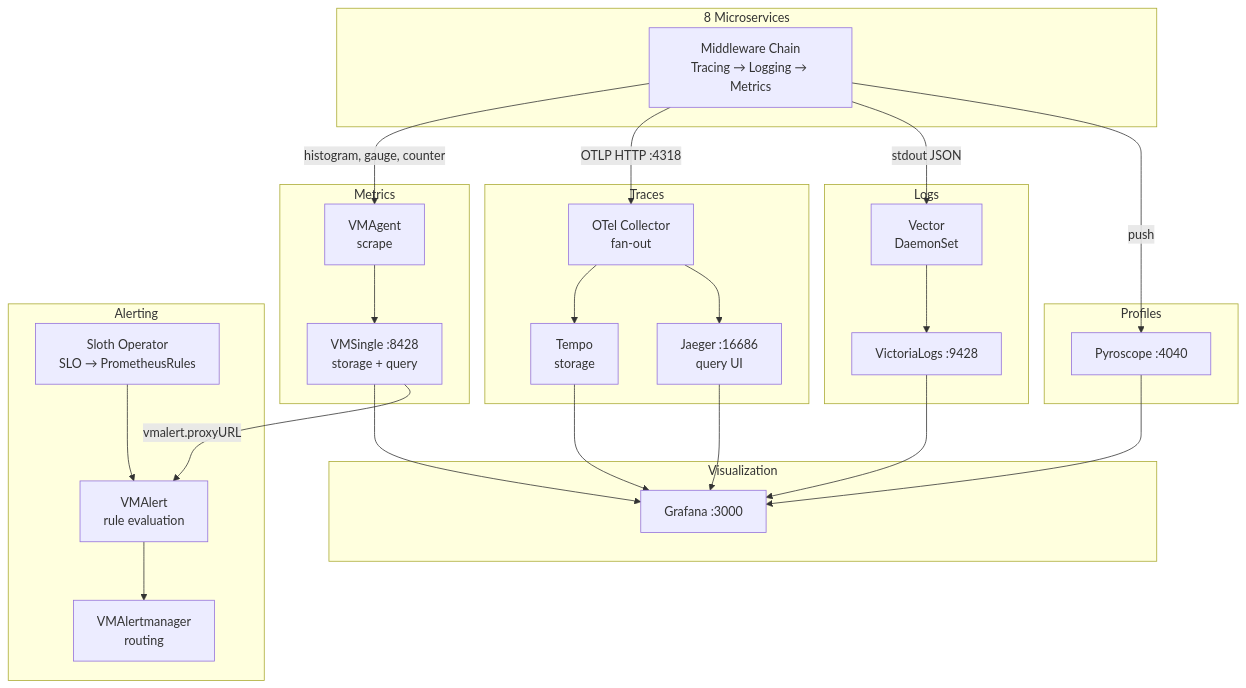
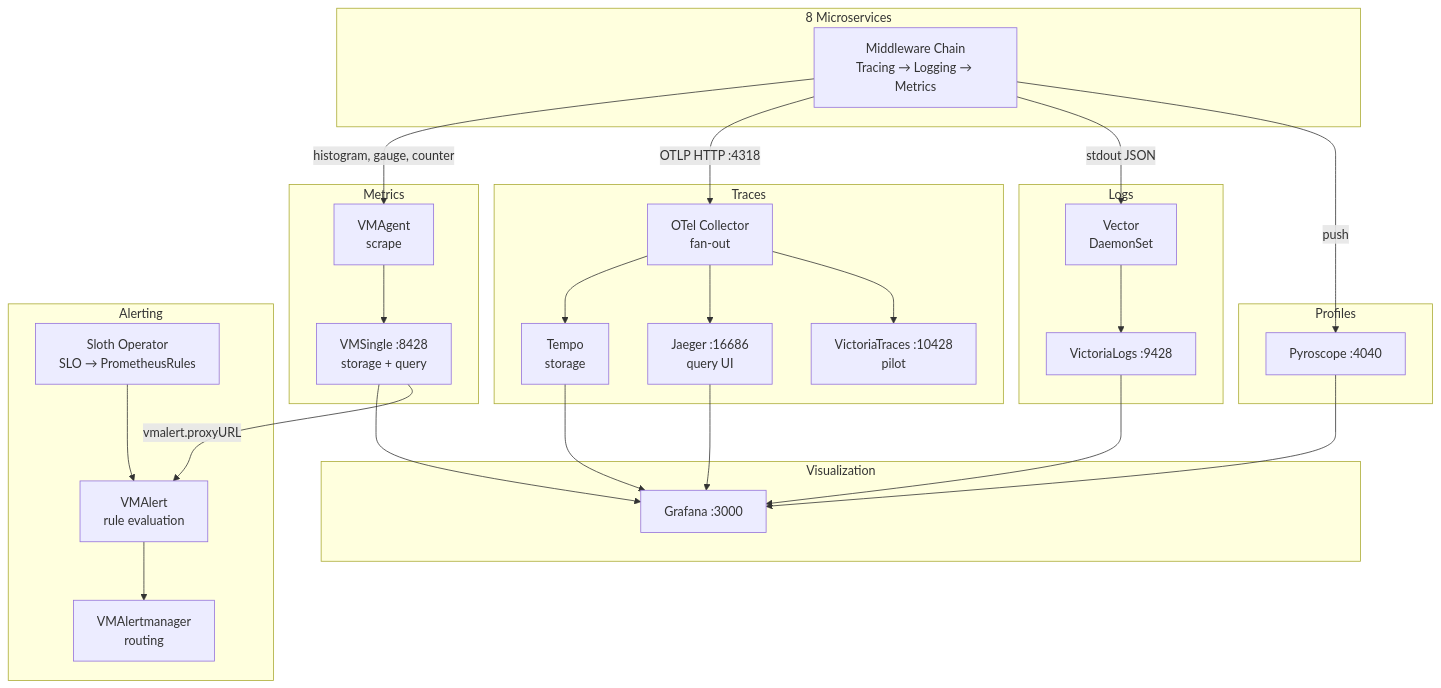
Before and after one commit to duynhlab/homelab: the first of 5 diagrams in docs/observability/README.md, drawn with Mermaid. The commit also changed other lines of this file and 18 other files, not shown here.

````diff
--- a/docs/observability/README.md
+++ b/docs/observability/README.md
@@ -7,56 +7,58 @@
 ```mermaid
 flowchart TD
     subgraph services [8 Microservices]
         MW["Middleware Chain<br/>Tracing → Logging → Metrics"]
     end
 
     subgraph pillar1 [Metrics]
         VMAgent["VMAgent<br/>scrape"]
         VMSingle["VMSingle :8428<br/>storage + query"]
     end
 
     subgraph pillar2 [Traces]
         OTel["OTel Collector<br/>fan-out"]
         Tempo["Tempo<br/>storage"]
         Jaeger["Jaeger :16686<br/>query UI"]
+        VictoriaTraces["VictoriaTraces :10428<br/>pilot"]
     end
 
     subgraph pillar3 [Logs]
         Vector["Vector<br/>DaemonSet"]
         VLogs["VictoriaLogs :9428"]
     end
 
     subgraph pillar4 [Profiles]
         Pyroscope["Pyroscope :4040"]
     end
 
     subgraph viz [Visualization]
         Grafana["Grafana :3000"]
     end
 
     subgraph alert [Alerting]
         VMAlert["VMAlert<br/>rule evaluation"]
         VMAlertmanager["VMAlertmanager<br/>routing"]
         Sloth["Sloth Operator<br/>SLO → PrometheusRules"]
     end
 
     MW -->|"histogram, gauge, counter"| VMAgent
     MW -->|"OTLP HTTP :4318"| OTel
     MW -->|"stdout JSON"| Vector
     MW -->|"push"| Pyroscope
 
     VMAgent --> VMSingle
     OTel --> Tempo
     OTel --> Jaeger
+    OTel --> VictoriaTraces
     Vector --> VLogs
 
     VMSingle --> Grafana
     Tempo --> Grafana
     VLogs --> Grafana
     Jaeger --> Grafana
     Pyroscope --> Grafana
 
     VMSingle -->|"vmalert.proxyURL"| VMAlert
     VMAlert --> VMAlertmanager
     Sloth --> VMAlert
 ```
````
